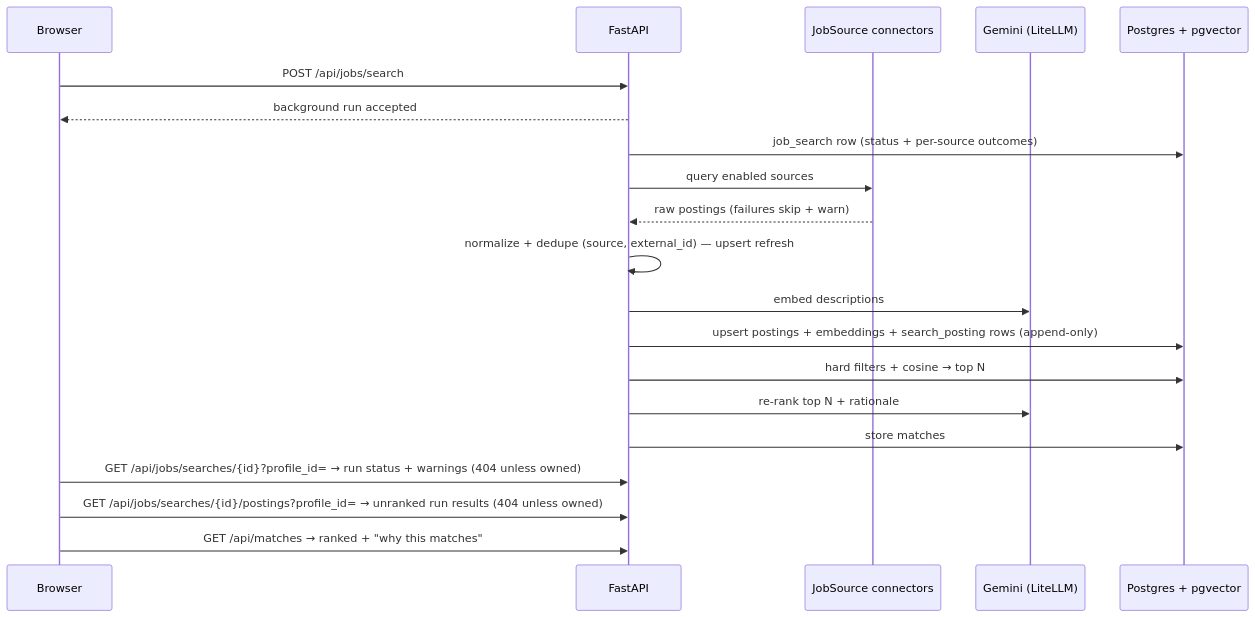
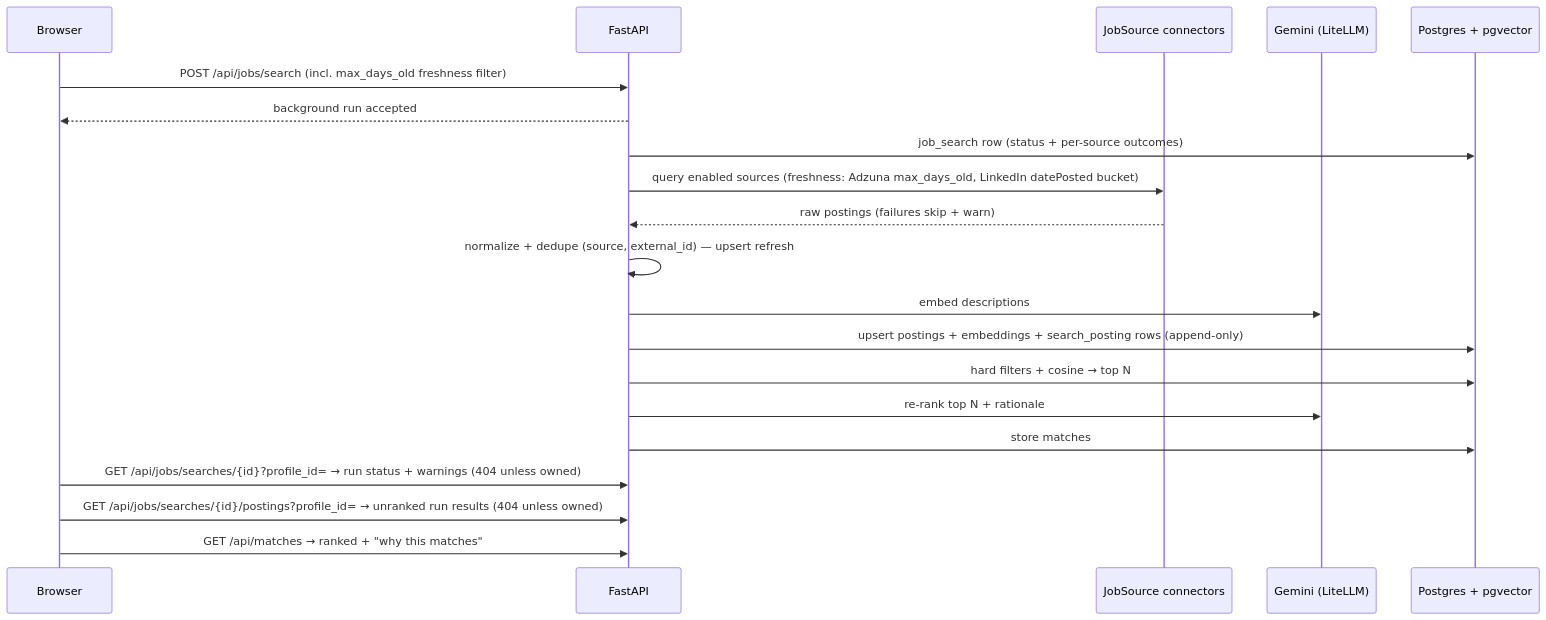
One commit to MSVhora/ai_job_assistant changed the third of 4 diagrams in docs/architecture.md. Above: the diagram before and after it, drawn with Mermaid. The commit also changed other lines of this file and 22 other files, not shown here.

Commit message:
feat(v3/27): query-time freshness — max_days_old to Adzuna/datePosted bucket to LinkedIn + Posted within form + freshness badges

````diff
--- a/docs/architecture.md
+++ b/docs/architecture.md
@@ -97,23 +97,23 @@
 ```mermaid
 sequenceDiagram
     participant B as Browser
     participant A as FastAPI
     participant C as JobSource connectors
     participant G as Gemini (LiteLLM)
     participant D as Postgres + pgvector
 
-    B->>A: POST /api/jobs/search
+    B->>A: POST /api/jobs/search (incl. max_days_old freshness filter)
     A-->>B: background run accepted
     A->>D: job_search row (status + per-source outcomes)
-    A->>C: query enabled sources
+    A->>C: query enabled sources (freshness: Adzuna max_days_old, LinkedIn datePosted bucket)
     C-->>A: raw postings (failures skip + warn)
     A->>A: normalize + dedupe (source, external_id) — upsert refresh
     A->>G: embed descriptions
     A->>D: upsert postings + embeddings + search_posting rows (append-only)
     A->>D: hard filters + cosine → top N
     A->>G: re-rank top N + rationale
     A->>D: store matches
     B->>A: GET /api/jobs/searches/{id}?profile_id= → run status + warnings (404 unless owned)
     B->>A: GET /api/jobs/searches/{id}/postings?profile_id= → unranked run results (404 unless owned)
     B->>A: GET /api/matches → ranked + "why this matches"
 ```
````
